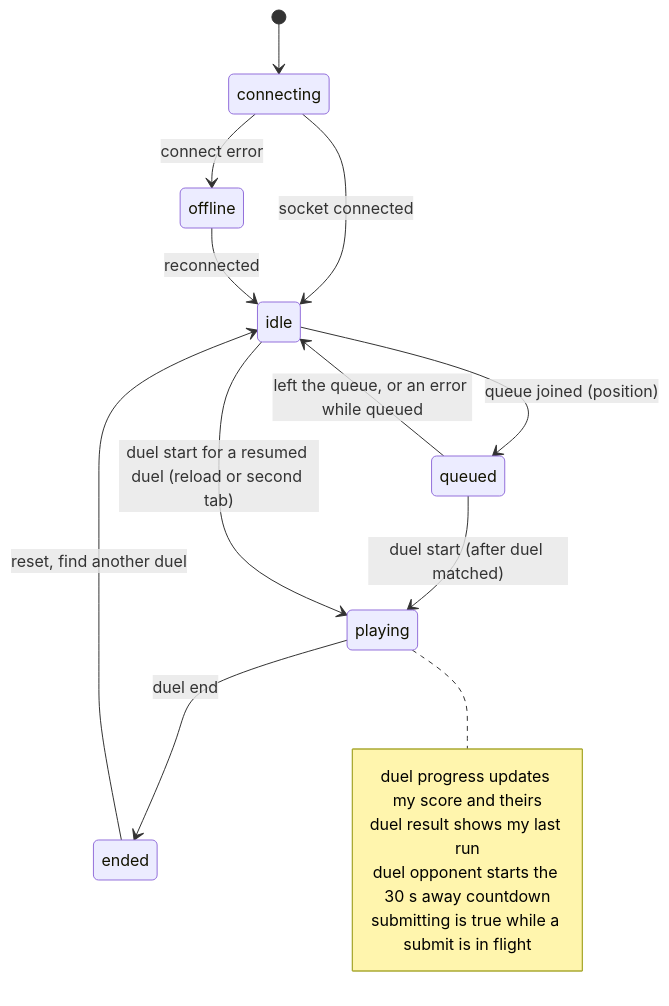
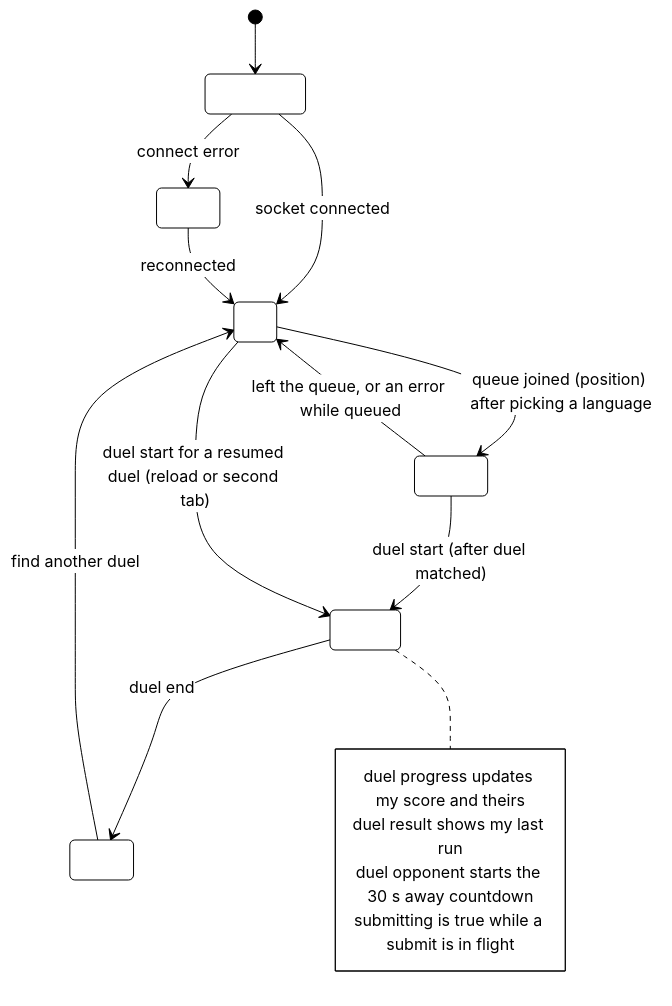
Diagram 11 of 14 in docs/diagrams/architecture.md (Hritik-sharmaa/loophole), drawn with Mermaid before and after one commit. The commit also changed other lines of this file and 4 other files, not shown here.

Commit message:
docs: add architecture and system design diagrams with documentation

````diff
--- a/docs/diagrams/architecture.md
+++ b/docs/diagrams/architecture.md
@@ -698,20 +836,21 @@
 ```mermaid
+%%{init: {"theme": "base", "themeVariables": {"background": "#ffffff", "primaryColor": "#ffffff", "primaryTextColor": "#000000", "primaryBorderColor": "#000000", "lineColor": "#000000", "textColor": "#000000", "mainBkg": "#ffffff", "nodeBorder": "#000000", "stateBkg": "#ffffff", "stateBorder": "#000000", "transitionColor": "#000000", "noteBkgColor": "#ffffff", "noteBorderColor": "#000000", "noteTextColor": "#000000", "specialStateColor": "#000000", "innerEndBackground": "#000000", "compositeBackground": "#ffffff", "altBackground": "#ffffff"}}}%%
 stateDiagram-v2
     [*] --> connecting
     connecting --> idle : socket connected
     connecting --> offline : connect error
     offline --> idle : reconnected
-    idle --> queued : queue joined (position)
+    idle --> queued : queue joined (position) after picking a language
     queued --> idle : left the queue, or an error while queued
     queued --> playing : duel start (after duel matched)
     idle --> playing : duel start for a resumed duel (reload or second tab)
     playing --> ended : duel end
-    ended --> idle : reset, find another duel
+    ended --> idle : find another duel
 
     note right of playing
         duel progress updates my score and theirs
         duel result shows my last run
         duel opponent starts the 30 s away countdown
         submitting is true while a submit is in flight
     end note
 ```
````
